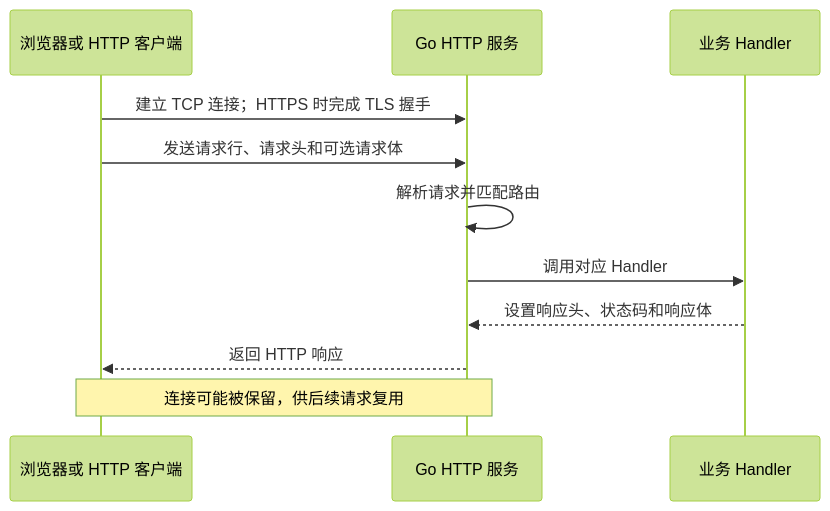
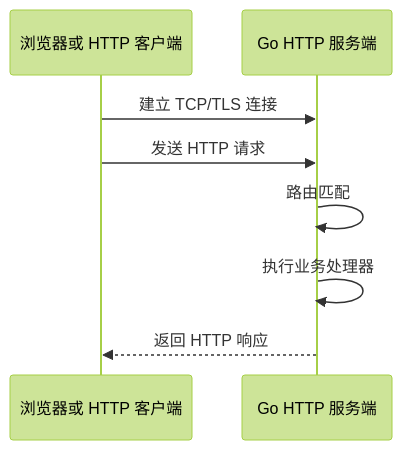
The diagram in src/backend/go/advanced/03-web-development/01-http-server.md (zzxrepository/gocode), drawn with Mermaid (forest theme) before and after one commit. The commit also changed other lines of this file, not shown here.

Commit message:
docs: align HTTP tutorial with advanced guide

````diff
--- a/src/backend/go/advanced/03-web-development/01-http-server.md
+++ b/src/backend/go/advanced/03-web-development/01-http-server.md
@@ -51,14 +49,11 @@
 ```mermaid
 sequenceDiagram
     participant C as 浏览器或 HTTP 客户端
-    participant S as Go HTTP 服务
-    participant H as 业务 Handler
+    participant S as Go HTTP 服务端
 
-    C->>S: 建立 TCP 连接；HTTPS 时完成 TLS 握手
-    C->>S: 发送请求行、请求头和可选请求体
-    S->>S: 解析请求并匹配路由
-    S->>H: 调用对应 Handler
-    H-->>S: 设置响应头、状态码和响应体
+    C->>S: 建立 TCP/TLS 连接
+    C->>S: 发送 HTTP 请求
+    S->>S: 路由匹配
+    S->>S: 执行业务处理器
     S-->>C: 返回 HTTP 响应
-    Note over C,S: 连接可能被保留，供后续请求复用
 ```
````
